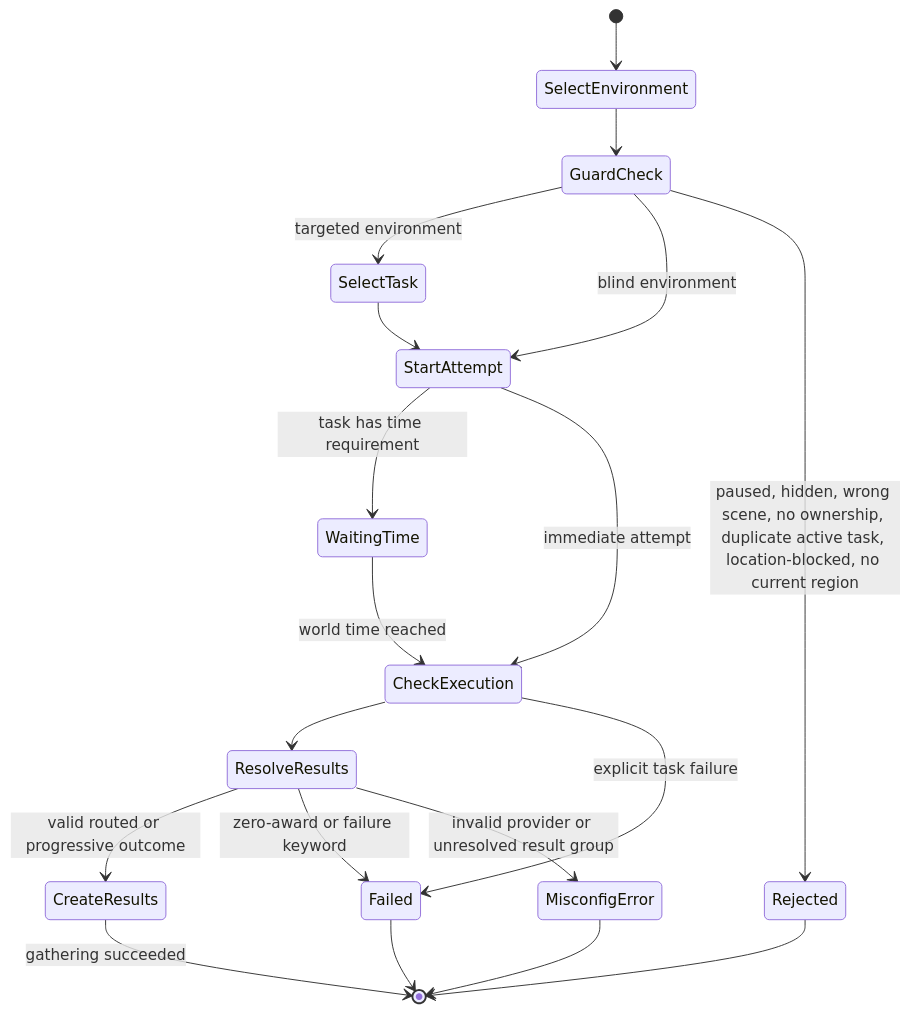
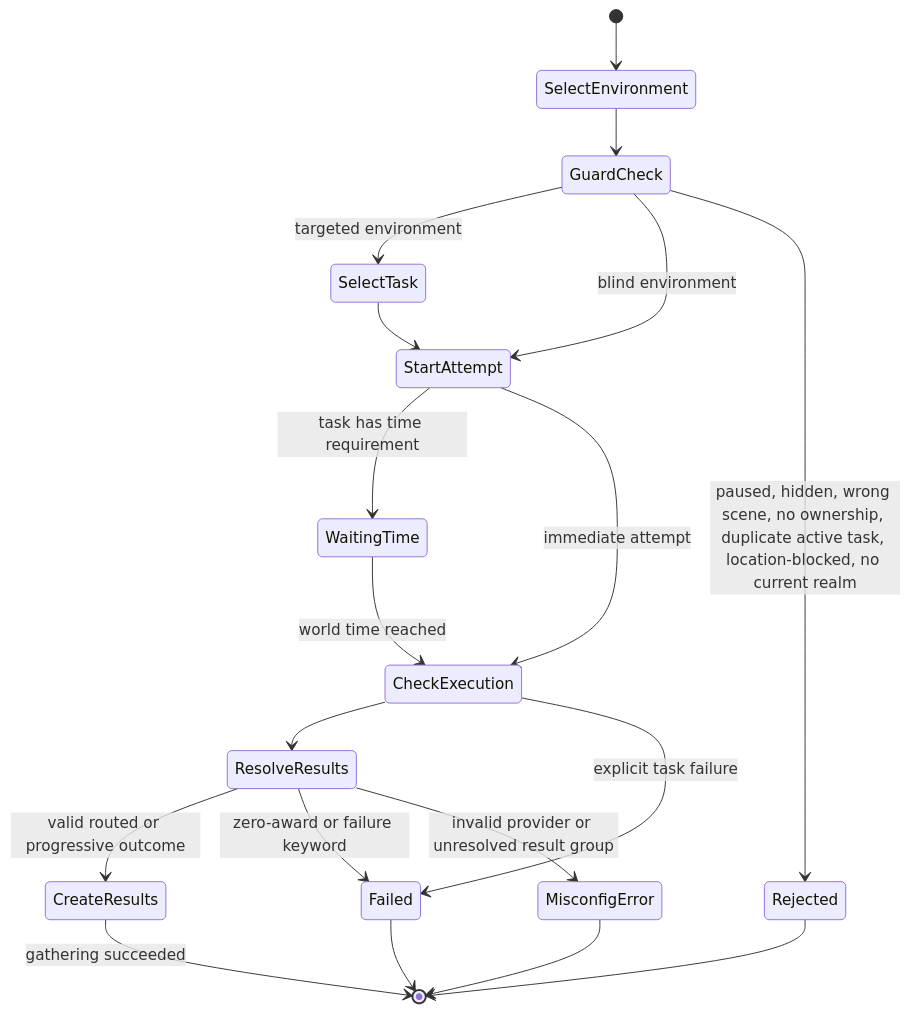
The fourth of 5 diagrams in DOMAIN.md (mistersilver-uk/fabricate), drawn with Mermaid before and after one commit. The commit also changed other lines of this file and 100 other files, not shown here.

Commit message:
refactor(gathering): rename Gathering Region to Gathering Realm (#304)

````diff
--- a/DOMAIN.md
+++ b/DOMAIN.md
@@ -347,21 +347,21 @@
 ```mermaid
 stateDiagram-v2
     [*] --> SelectEnvironment
     SelectEnvironment --> GuardCheck
     GuardCheck --> SelectTask: targeted environment
     GuardCheck --> StartAttempt: blind environment
-    GuardCheck --> Rejected: paused, hidden, wrong scene, no ownership, duplicate active task, location-blocked, no current region
+    GuardCheck --> Rejected: paused, hidden, wrong scene, no ownership, duplicate active task, location-blocked, no current realm
     SelectTask --> StartAttempt
     StartAttempt --> WaitingTime: task has time requirement
     StartAttempt --> CheckExecution: immediate attempt
     WaitingTime --> CheckExecution: world time reached
     CheckExecution --> ResolveResults
     CheckExecution --> Failed: explicit task failure
     ResolveResults --> CreateResults: valid routed or progressive outcome
     ResolveResults --> Failed: zero-award or failure keyword
     ResolveResults --> MisconfigError: invalid provider or unresolved result group
     CreateResults --> [*]: gathering succeeded
     Failed --> [*]
     Rejected --> [*]
     MisconfigError --> [*]
 ```
````
